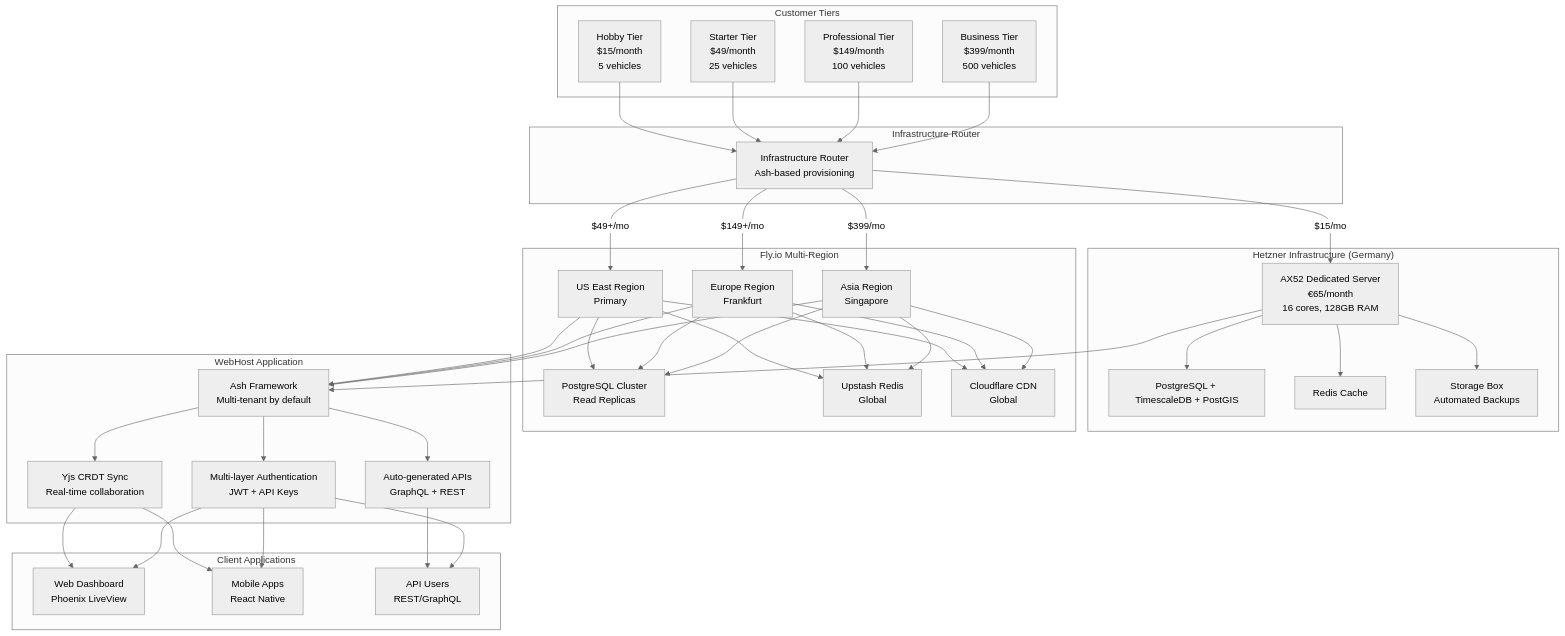
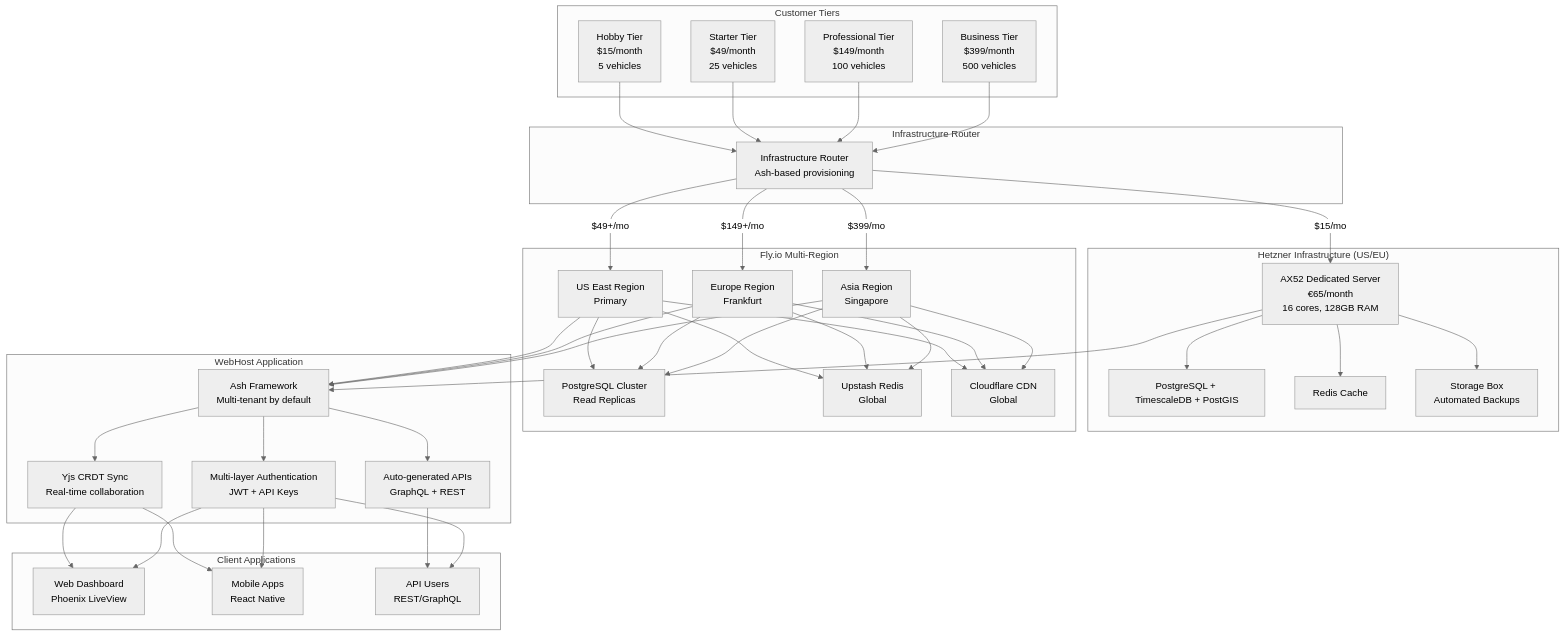
One commit to c-u-l8er/WebHost.Systems changed the diagram in docs/ARCHITECTURE-UPDATE.md. Above: the diagram before and after it, drawn with Mermaid (neutral theme). The commit also changed other lines of this file and 24 other files, not shown here.

```diff
--- a/docs/ARCHITECTURE-UPDATE.md
+++ b/docs/ARCHITECTURE-UPDATE.md
@@ -25,7 +25,7 @@
     end
 
     %% Hetzner Infrastructure
-    subgraph "Hetzner Infrastructure (Germany)"
+    subgraph "Hetzner Infrastructure (US/EU)"
         HetznerServer[AX52 Dedicated Server<br/>€65/month<br/>16 cores, 128GB RAM]
         HetznerDB[PostgreSQL + TimescaleDB + PostGIS]
         HetznerRedis[Redis Cache]
```
